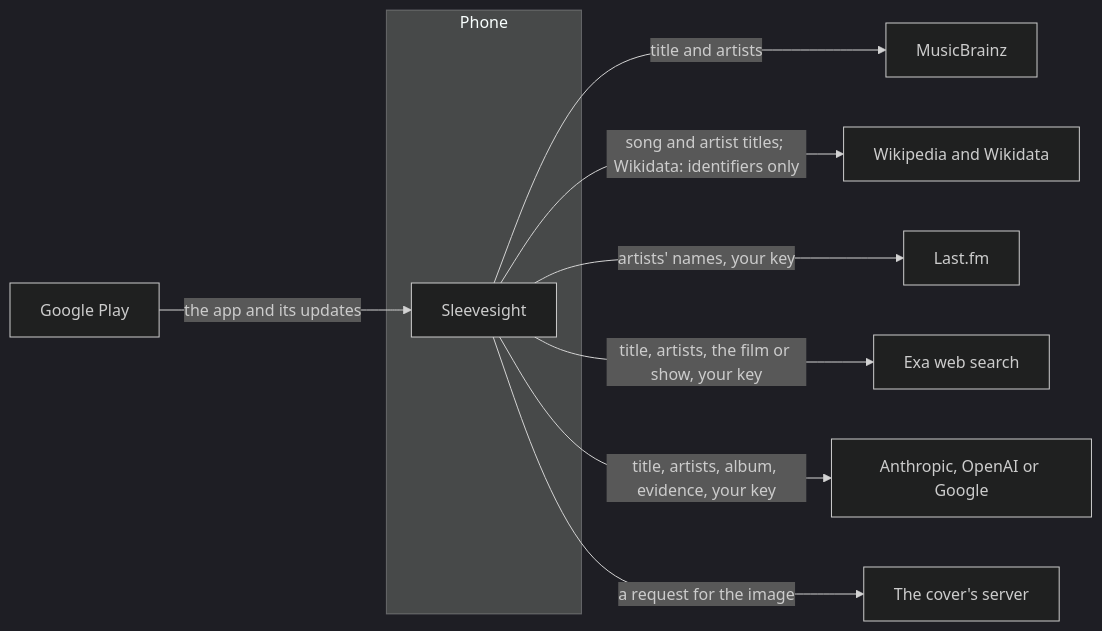
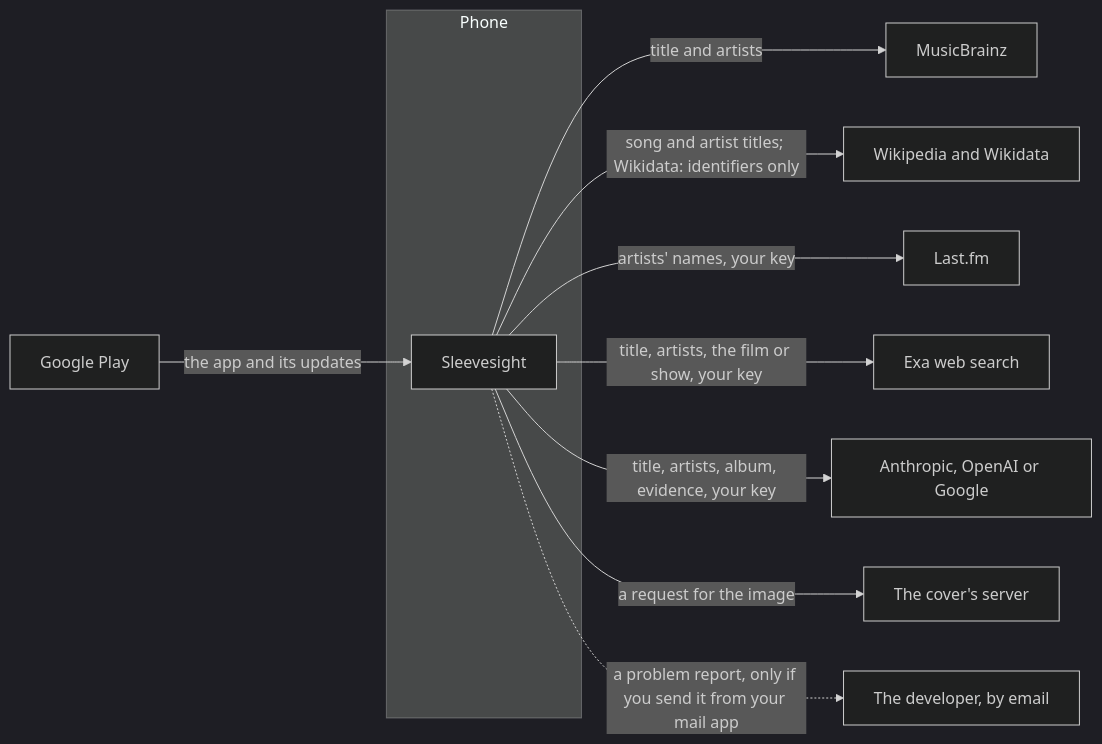
One commit to wkusnierczyk/sleevesight changed the second of 3 diagrams in docs/architecture/index.md. Above: the diagram before and after it, drawn with Mermaid (dark theme). The commit also changed other lines of this file and 27 other files, not shown here.

First line of the commit message:
[FEATURE] Report a problem with an insight: in-app flag, sent by email (#499)

````diff
--- a/docs/architecture/index.md
+++ b/docs/architecture/index.md
@@ -84,13 +84,14 @@
 ```mermaid
 flowchart LR
   subgraph Phone
     App["Sleevesight"]
   end
   App -- "title and artists" --> MB["MusicBrainz"]
   App -- "song and artist titles; Wikidata: identifiers only" --> WP["Wikipedia and Wikidata"]
   App -- "artists' names, your key" --> LFM["Last.fm"]
   App -- "title, artists, the film or show, your key" --> Exa["Exa web search"]
   App -- "title, artists, album, evidence, your key" --> AI["Anthropic, OpenAI or Google"]
   App -- "a request for the image" --> Art["The cover's server"]
+  App -. "a problem report, only if you send it from your mail app" .-> Dev["The developer, by email"]
   Play["Google Play"] -- "the app and its updates" --> App
 ```
````
